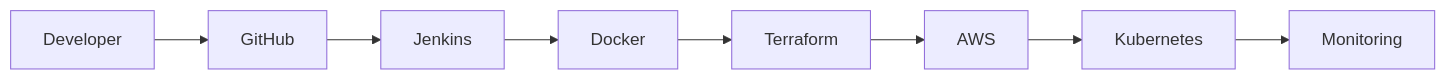
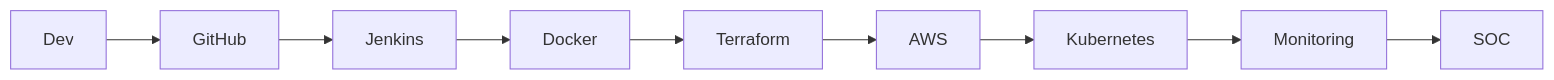
Before and after one commit to Balaji-R-web/Balaji-R-web: the diagram in README.md, drawn with Mermaid. The commit also changed other lines of this file, not shown here.

````diff
--- a/README.md
+++ b/README.md
@@ -90,10 +59,4 @@
 ```mermaid
 flowchart LR
-    Developer --> GitHub
-    GitHub --> Jenkins
-    Jenkins --> Docker
-    Docker --> Terraform
-    Terraform --> AWS
-    AWS --> Kubernetes
-    Kubernetes --> Monitoring
+    Dev --> GitHub --> Jenkins --> Docker --> Terraform --> AWS --> Kubernetes --> Monitoring --> SOC
 ```
````
